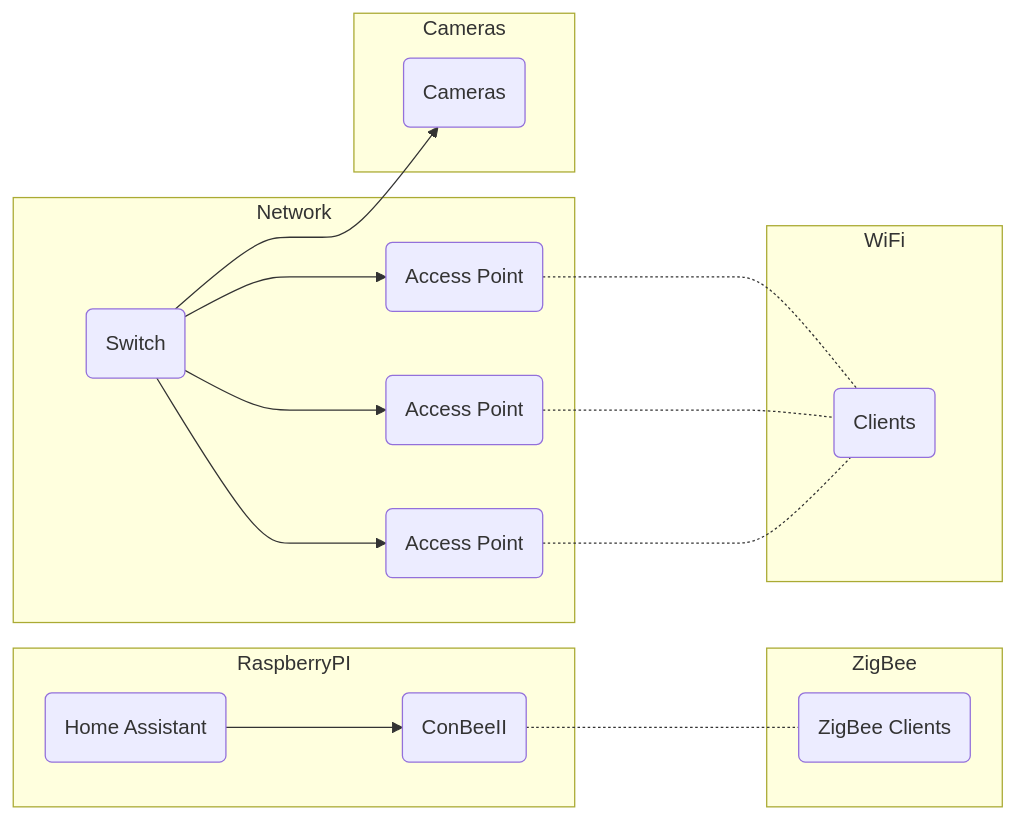
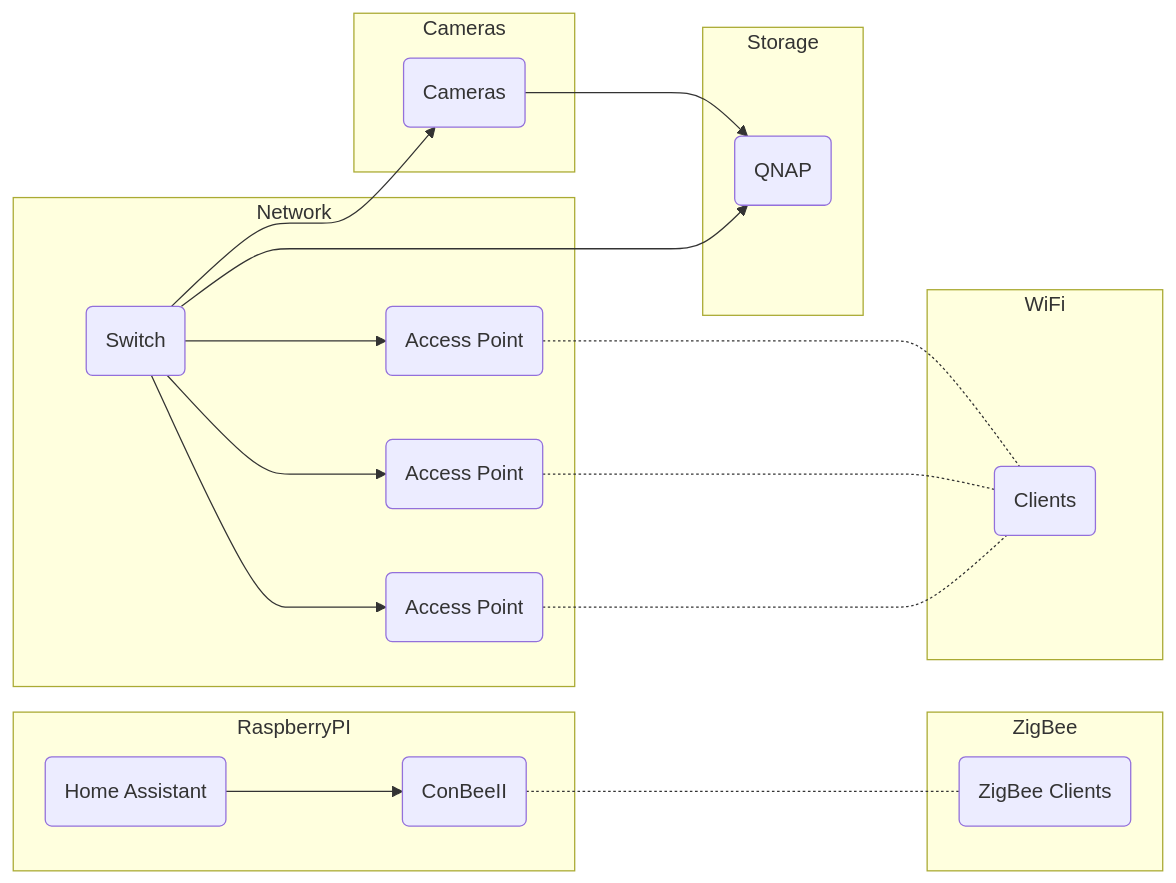
One commit to rangulvers/Homeautomation changed the diagram in README.md. Above: the diagram before and after it, drawn with Mermaid.

````diff
--- a/README.md
+++ b/README.md
@@ -60,22 +60,26 @@
 ```mermaid
     flowchart LR
         subgraph RaspberryPI
         ha1(Home Assistant) ---> ha2(ConBeeII)
         end
         subgraph ZigBee
         ha2 -...- zb1c(ZigBee Clients)
         end
         subgraph Network
         net1(Switch) ---> net2(Access Point)
         net1(Switch) ---> net3(Access Point)
         net1(Switch) ---> net4(Access Point)
         end
         subgraph Cameras
         net1(Switch) ---> cam1(Cameras)
         end
         subgraph WiFi
         net2 -...- wifi1(Clients)
         net3 -...- wifi1(Clients)
         net4 -...- wifi1(Clients)
         end
+        subgraph Storage
+        net1 ---> stor1(QNAP)
+        cam1 ---> stor1
+        end
 ```
````
